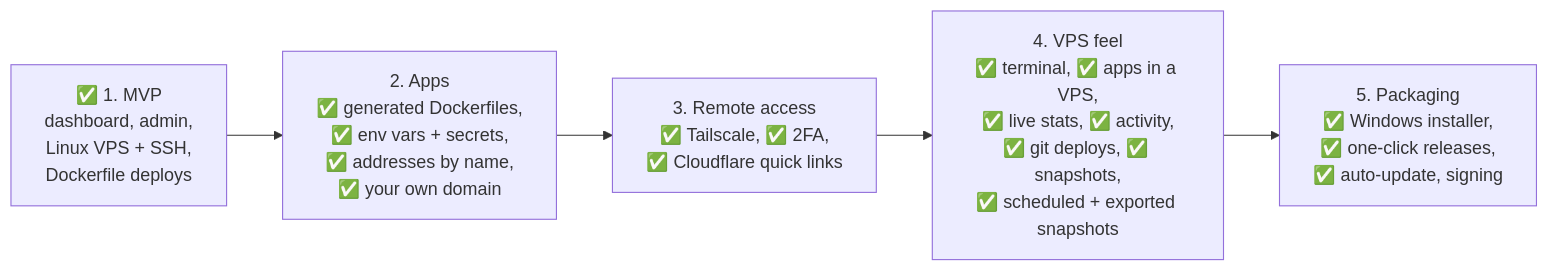
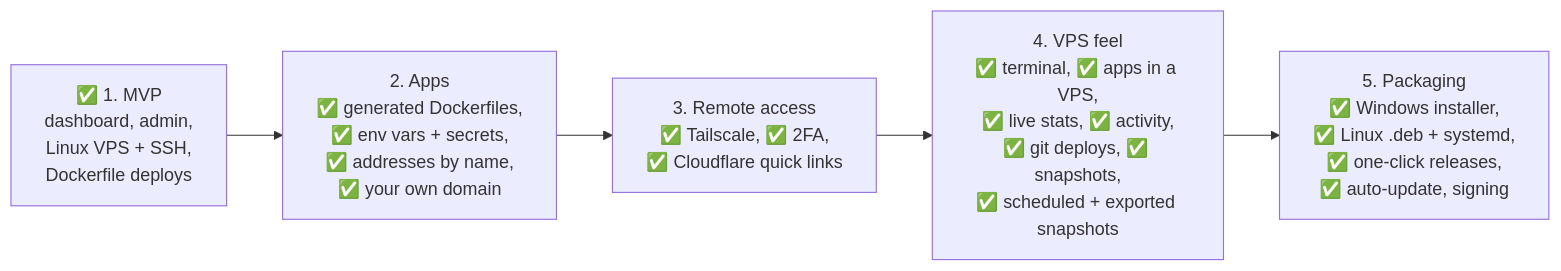
One commit to AbrarDW/lps changed diagram 11 of 11 in README.md. Above: the diagram before and after it, drawn with Mermaid. The commit also changed other lines of this file and 15 other files, not shown here.

First line of the commit message:
Add a Linux .deb package with a systemd user service

````diff
--- a/README.md
+++ b/README.md
@@ -508,9 +545,9 @@
 ```mermaid
 flowchart LR
     m1["✅ 1. MVP<br/>dashboard, admin,<br/>Linux VPS + SSH,<br/>Dockerfile deploys"]
     m2["2. Apps<br/>✅ generated Dockerfiles,<br/>✅ env vars + secrets,<br/>✅ addresses by name,<br/>✅ your own domain"]
     m3["3. Remote access<br/>✅ Tailscale, ✅ 2FA,<br/>✅ Cloudflare quick links"]
     m4["4. VPS feel<br/>✅ terminal, ✅ apps in a VPS,<br/>✅ live stats, ✅ activity,<br/>✅ git deploys, ✅ snapshots,<br/>✅ scheduled + exported snapshots"]
-    m5["5. Packaging<br/>✅ Windows installer,<br/>✅ one-click releases,<br/>✅ auto-update, signing"]
+    m5["5. Packaging<br/>✅ Windows installer,<br/>✅ Linux .deb + systemd,<br/>✅ one-click releases,<br/>✅ auto-update, signing"]
     m1 --> m2 --> m3 --> m4 --> m5
 ```
````
